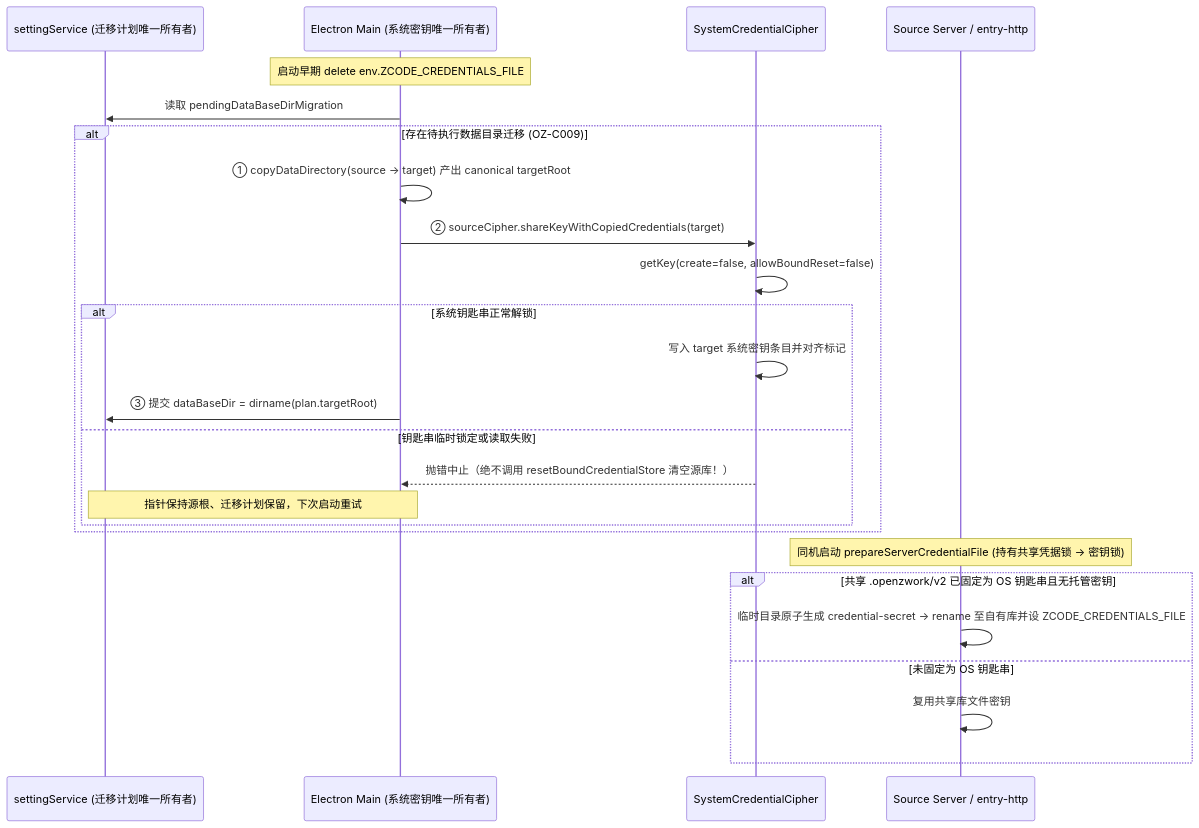
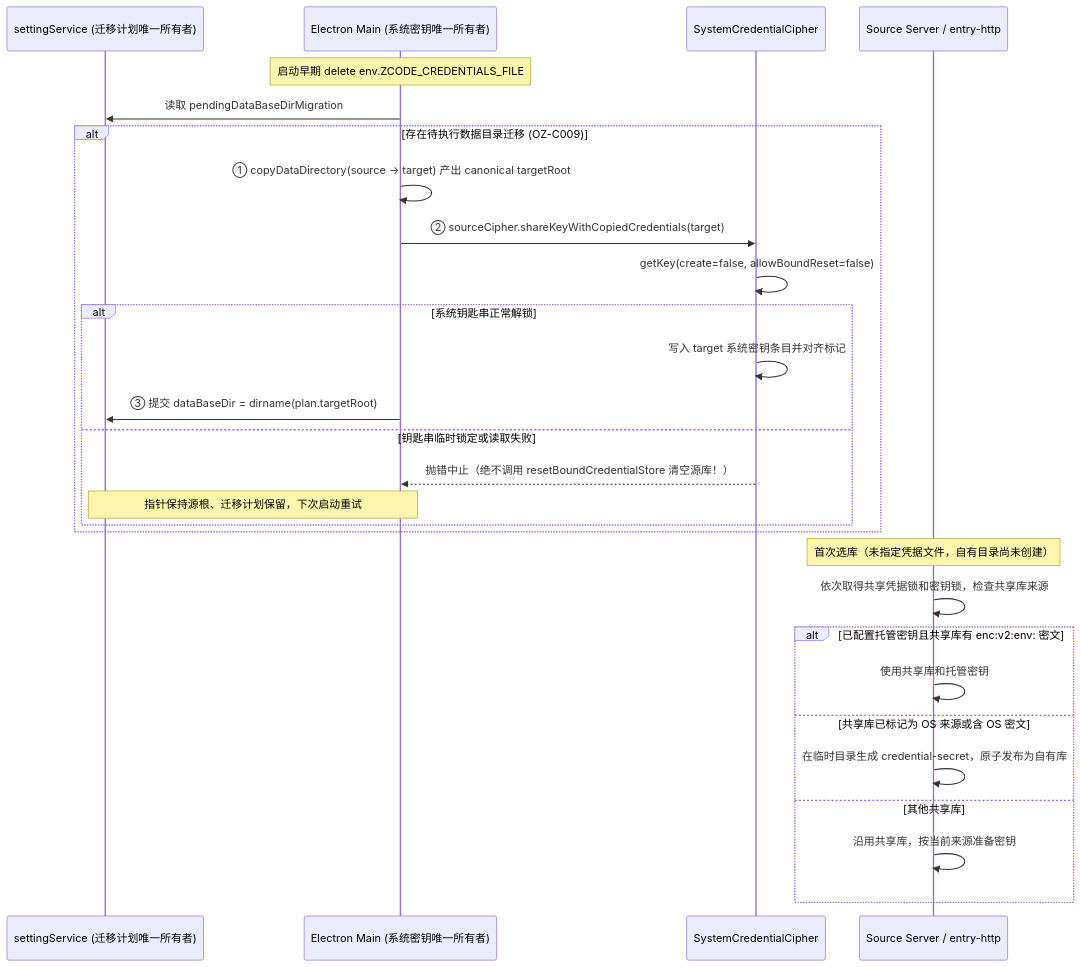
Before and after one commit to BlueSkyXN/OpenZWork: the first of 2 diagrams in docs/openzwork/upstream/v4.0.0-integration.md, drawn with Mermaid. The commit also changed other lines of this file and 2 other files, not shown here.

Commit message:
docs(openzwork): 校正 Web 凭据选库与预装工具可用条件

````diff
--- a/docs/openzwork/upstream/v4.0.0-integration.md
+++ b/docs/openzwork/upstream/v4.0.0-integration.md
@@ -75,28 +76,31 @@
 ```mermaid
 sequenceDiagram
     participant Settings as settingService (迁移计划唯一所有者)
     participant Main as Electron Main (系统密钥唯一所有者)
     participant Cipher as SystemCredentialCipher
     participant Server as Source Server / entry-http
 
     Note over Main: 启动早期 delete env.ZCODE_CREDENTIALS_FILE
     Main->>Settings: 读取 pendingDataBaseDirMigration
     alt 存在待执行数据目录迁移 (OZ-C009)
         Main->>Main: ① copyDataDirectory(source -> target) 产出 canonical targetRoot
         Main->>Cipher: ② sourceCipher.shareKeyWithCopiedCredentials(target)
         Cipher->>Cipher: getKey(create=false, allowBoundReset=false)
         alt 系统钥匙串正常解锁
             Cipher->>Cipher: 写入 target 系统密钥条目并对齐标记
             Main->>Settings: ③ 提交 dataBaseDir = dirname(plan.targetRoot)
         else 钥匙串临时锁定或读取失败
             Cipher-->>Main: 抛错中止（绝不调用 resetBoundCredentialStore 清空源库！）
             Note over Main,Settings: 指针保持源根、迁移计划保留，下次启动重试
         end
     end
-    Note over Server: 同机启动 prepareServerCredentialFile (持有共享凭据锁 -> 密钥锁)
-    alt 共享 .openzwork/v2 已固定为 OS 钥匙串且无托管密钥
-        Server->>Server: 临时目录原子生成 credential-secret -> rename 至自有库并设 ZCODE_CREDENTIALS_FILE
-    else 未固定为 OS 钥匙串
-        Server->>Server: 复用共享库文件密钥
+    Note over Server: 首次选库（未指定凭据文件，自有目录尚未创建）
+    Server->>Server: 依次取得共享凭据锁和密钥锁，检查共享库来源
+    alt 已配置托管密钥且共享库有 enc:v2:env: 密文
+        Server->>Server: 使用共享库和托管密钥
+    else 共享库已标记为 OS 来源或含 OS 密文
+        Server->>Server: 在临时目录生成 credential-secret，原子发布为自有库
+    else 其他共享库
+        Server->>Server: 沿用共享库，按当前来源准备密钥
     end
 ```
````
